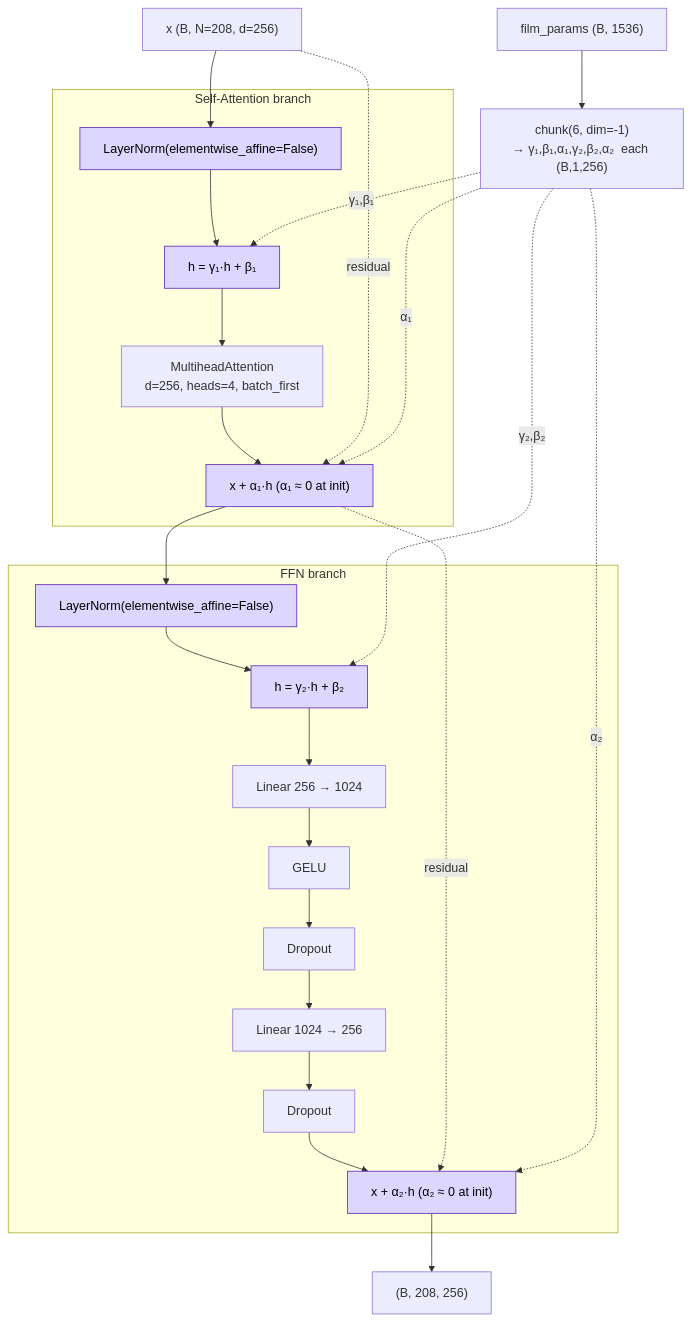
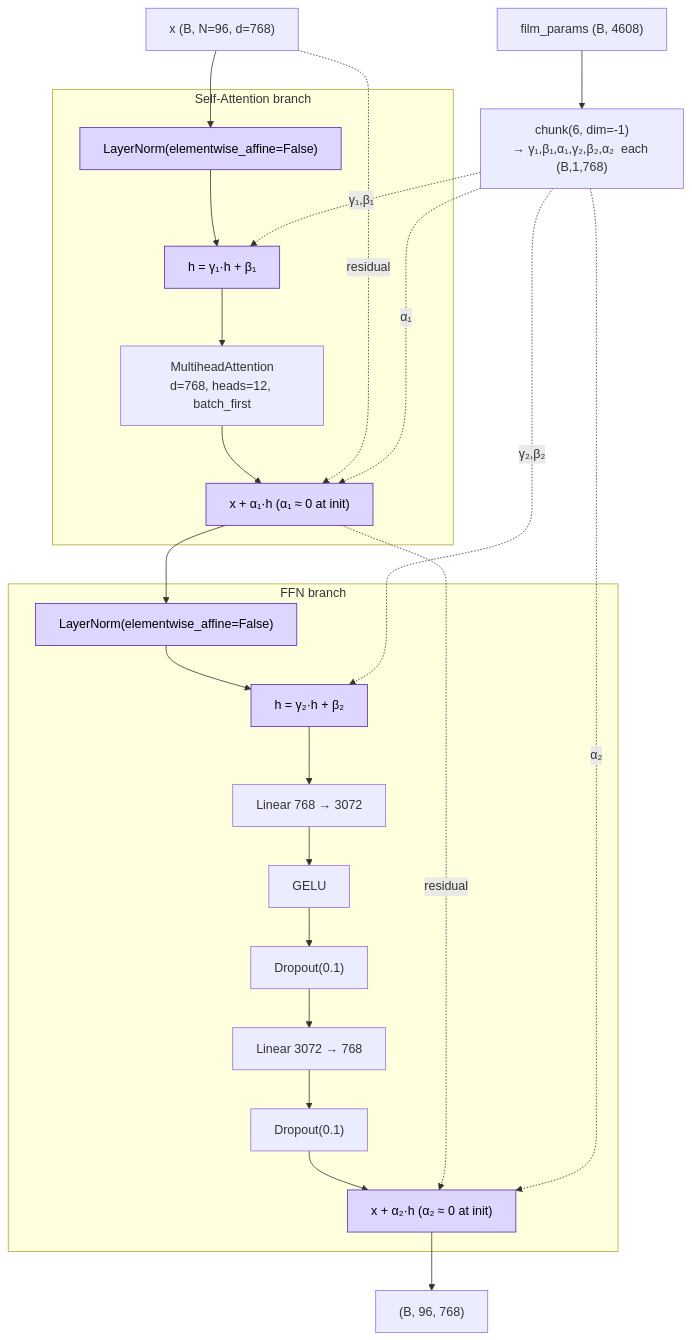
The fourth of 8 diagrams in README.md (zongseung/gene-synthesis-project), drawn with Mermaid before and after one commit. The commit also changed other lines of this file, not shown here.

````diff
--- a/README.md
+++ b/README.md
@@ -295,40 +315,40 @@
 ```mermaid
 flowchart TD
-    X["x (B, N=208, d=256)"]
-    FP["film_params (B, 1536)"]
-    CHK["chunk(6, dim=-1)<br/>→ γ₁,β₁,α₁,γ₂,β₂,α₂  each (B,1,256)"]
+    X["x (B, N=96, d=768)"]
+    FP["film_params (B, 4608)"]
+    CHK["chunk(6, dim=-1)<br/>→ γ₁,β₁,α₁,γ₂,β₂,α₂  each (B,1,768)"]
 
     subgraph ATTN["Self-Attention branch"]
         N1["LayerNorm(elementwise_affine=False)"]
         M1["h = γ₁·h + β₁"]
-        MHA["MultiheadAttention<br/>d=256, heads=4, batch_first"]
+        MHA["MultiheadAttention<br/>d=768, heads=12, batch_first"]
         G1["x + α₁·h   (α₁ ≈ 0 at init)"]
     end
 
     subgraph MLP["FFN branch"]
         N2["LayerNorm(elementwise_affine=False)"]
         M2["h = γ₂·h + β₂"]
-        F1["Linear 256 → 1024"]
+        F1["Linear 768 → 3072"]
         GE["GELU"]
-        DR1["Dropout"]
-        F2["Linear 1024 → 256"]
-        DR2["Dropout"]
+        DR1["Dropout(0.1)"]
+        F2["Linear 3072 → 768"]
+        DR2["Dropout(0.1)"]
         G2["x + α₂·h   (α₂ ≈ 0 at init)"]
     end
 
     X --> N1 --> M1 --> MHA --> G1
     X -. residual .-> G1
     FP --> CHK
     CHK -. γ₁,β₁ .-> M1
     CHK -. α₁ .-> G1
 
     G1 --> N2 --> M2 --> F1 --> GE --> DR1 --> F2 --> DR2 --> G2
     G1 -. residual .-> G2
     CHK -. γ₂,β₂ .-> M2
     CHK -. α₂ .-> G2
 
-    G2 --> OUT["(B, 208, 256)"]
+    G2 --> OUT["(B, 96, 768)"]
 
     classDef ada fill:#ddd6fe,stroke:#5b21b6,color:#000
     class N1,M1,G1,N2,M2,G2 ada
 ```
````
